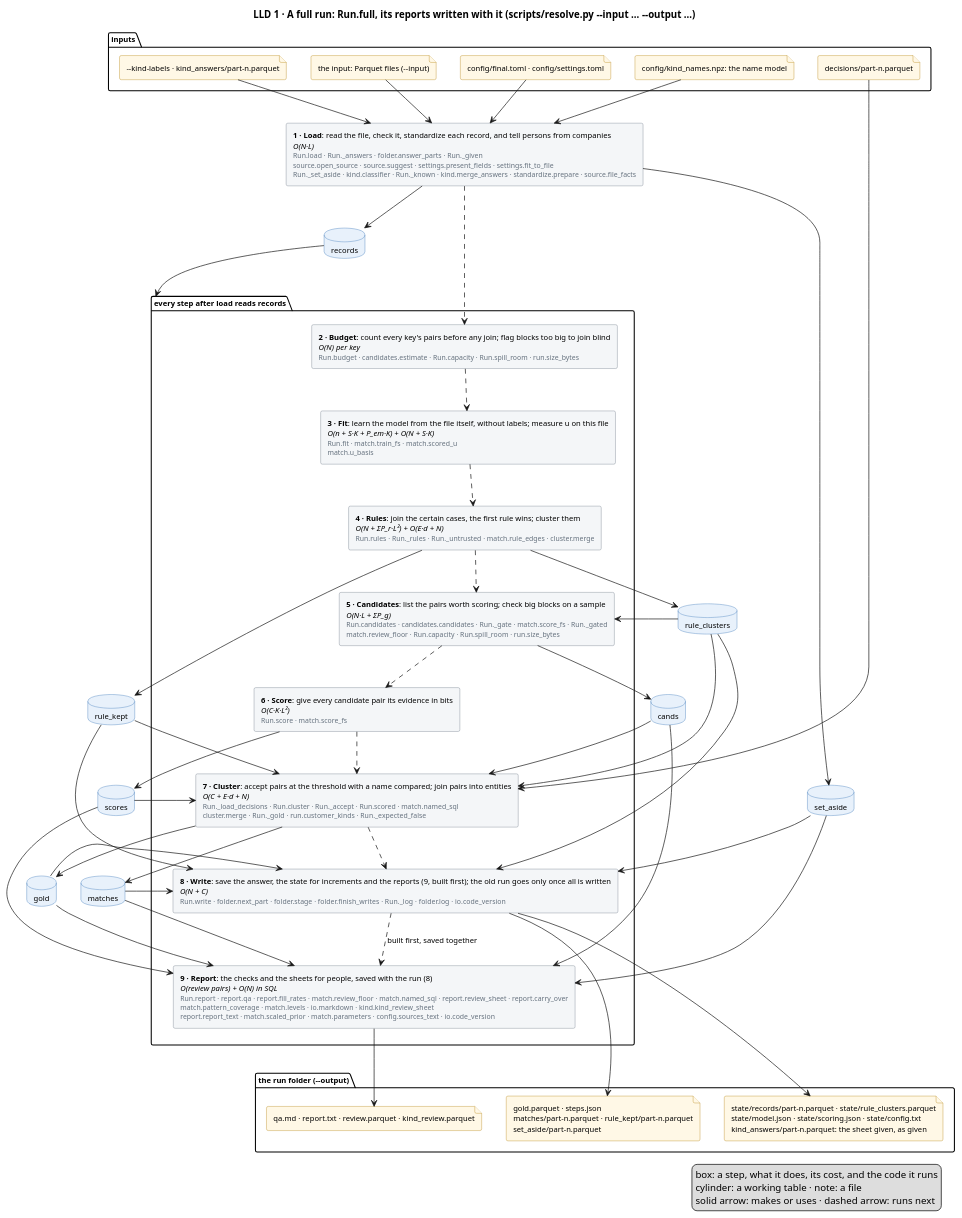
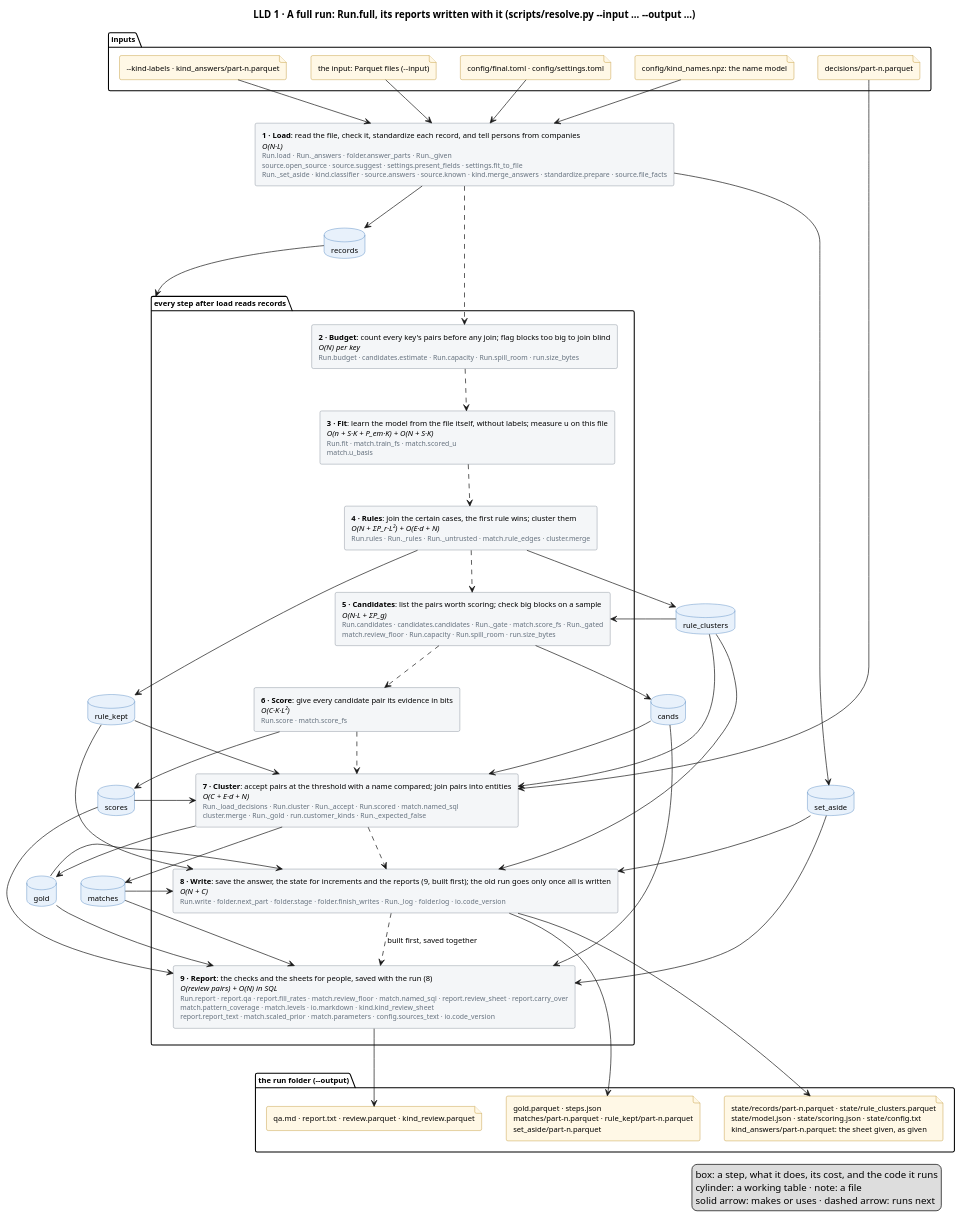
The diagram in docs/diagrams/full-run.puml (mvsbm/entity_matching), drawn with PlantUML before and after one commit. The commit also changed 10 other files, not shown here.

First line of the commit message:
One door for people's files: answers and decisions enter through er.source

```diff
--- a/docs/diagrams/full-run.puml
+++ b/docs/diagrams/full-run.puml
@@ -1,100 +1,100 @@
 @startuml full-run
 title LLD 1 · A full run: Run.full, its reports written with it (scripts/resolve.py ~--input … ~--output …)
 skinparam defaultFontSize 11
 skinparam rectangle {
   BackgroundColor #F4F6F8
   BorderColor #65717E
 }
 skinparam database {
   BackgroundColor #E8F1FB
   BorderColor #2C6DB3
 }
 skinparam file {
   BackgroundColor #FFF8E6
   BorderColor #B07D00
 }
 
 package "inputs" {
   file "the input: Parquet files (~--input)" as f_input
   file "config/final.toml · config/settings.toml" as f_config
   file "config/kind_names.npz: the name model" as f_names
   file "~--kind-labels · kind_answers/part-n.parquet" as f_answers
   file "decisions/part-n.parquet" as f_decisions
 }
 
 
-rectangle "<b>1 · Load</b>: read the file, check it, standardize each record, and tell persons from companies\n<i>O(N·L)</i>\n<size:10><color:#65717E>Run.load · Run._answers · folder.answer_parts · Run._given</color></size>\n<size:10><color:#65717E>source.open_source · source.suggest · settings.present_fields · settings.fit_to_file</color></size>\n<size:10><color:#65717E>Run._set_aside · kind.classifier · Run._known · kind.merge_answers · standardize.prepare · source.file_facts</color></size>" as load
+rectangle "<b>1 · Load</b>: read the file, check it, standardize each record, and tell persons from companies\n<i>O(N·L)</i>\n<size:10><color:#65717E>Run.load · Run._answers · folder.answer_parts · Run._given</color></size>\n<size:10><color:#65717E>source.open_source · source.suggest · settings.present_fields · settings.fit_to_file</color></size>\n<size:10><color:#65717E>Run._set_aside · kind.classifier · source.answers · source.known · kind.merge_answers · standardize.prepare · source.file_facts</color></size>" as load
 package "every step after load reads records" as after_load {
   rectangle "<b>2 · Budget</b>: count every key's pairs before any join; flag blocks too big to join blind\n<i>O(N) per key</i>\n<size:10><color:#65717E>Run.budget · candidates.estimate · Run.capacity · Run.spill_room · run.size_bytes</color></size>" as budget
   rectangle "<b>3 · Fit</b>: learn the model from the file itself, without labels; measure u on this file\n<i>O(n + S·K + P_em·K) + O(N + S·K)</i>\n<size:10><color:#65717E>Run.fit · match.train_fs · match.scored_u</color></size>\n<size:10><color:#65717E>match.u_basis</color></size>" as fit
   rectangle "<b>4 · Rules</b>: join the certain cases, the first rule wins; cluster them\n<i>O(N + ΣP_r·L²) + O(E·d + N)</i>\n<size:10><color:#65717E>Run.rules · Run._rules · Run._untrusted · match.rule_edges · cluster.merge</color></size>" as rules
   rectangle "<b>5 · Candidates</b>: list the pairs worth scoring; check big blocks on a sample\n<i>O(N·L + ΣP_g)</i>\n<size:10><color:#65717E>Run.candidates · candidates.candidates · Run._gate · match.score_fs · Run._gated</color></size>\n<size:10><color:#65717E>match.review_floor · Run.capacity · Run.spill_room · run.size_bytes</color></size>" as candidates
   rectangle "<b>6 · Score</b>: give every candidate pair its evidence in bits\n<i>O(C·K·L²)</i>\n<size:10><color:#65717E>Run.score · match.score_fs</color></size>" as score
   rectangle "<b>7 · Cluster</b>: accept pairs at the threshold with a name compared; join pairs into entities\n<i>O(C + E·d + N)</i>\n<size:10><color:#65717E>Run._load_decisions · Run.cluster · Run._accept · Run.scored · match.named_sql</color></size>\n<size:10><color:#65717E>cluster.merge · Run._gold · run.customer_kinds · Run._expected_false</color></size>" as cluster
   rectangle "<b>8 · Write</b>: save the answer, the state for increments and the reports (9, built first); the old run goes only once all is written\n<i>O(N + C)</i>\n<size:10><color:#65717E>Run.write · folder.next_part · folder.stage · folder.finish_writes · Run._log · folder.log · io.code_version</color></size>" as write
   rectangle "<b>9 · Report</b>: the checks and the sheets for people, saved with the run (8)\n<i>O(review pairs) + O(N) in SQL</i>\n<size:10><color:#65717E>Run.report · report.qa · report.fill_rates · match.review_floor · match.named_sql · report.review_sheet · report.carry_over</color></size>\n<size:10><color:#65717E>match.pattern_coverage · match.levels · io.markdown · kind.kind_review_sheet</color></size>\n<size:10><color:#65717E>report.report_text · match.scaled_prior · match.parameters · config.sources_text · io.code_version</color></size>" as report
 }
 database "records" as records
 database "set_aside" as set_aside
 database "rule_clusters" as rule_clusters
 database "rule_kept" as rule_kept
 database "cands" as cands
 database "scores" as scores
 database "matches" as matches
 database "gold" as gold
 
 package "the run folder (~--output)" {
   file "gold.parquet · steps.json\nmatches/part-n.parquet · rule_kept/part-n.parquet\nset_aside/part-n.parquet" as f_out
   file "state/records/part-n.parquet · state/rule_clusters.parquet\nstate/model.json · state/scoring.json · state/config.txt\nkind_answers/part-n.parquet: the sheet given, as given" as f_state
   file "qa.md · report.txt · review.parquet · kind_review.parquet" as f_people
 }
 
 f_input --> load
 f_config --> load
 f_names --> load
 f_answers --> load
 f_decisions --> cluster
 
 load ..> budget
 budget ..> fit
 fit ..> rules
 rules ..> candidates
 candidates ..> score
 score ..> cluster
 cluster ..> write
 write ..> report : built first, saved together
 
 load --> records
 load --> set_aside
 records --> after_load
 rules --> rule_clusters
 rules --> rule_kept
 rule_clusters --> candidates
 rule_clusters --> cluster
 rule_clusters --> write
 rule_kept --> cluster
 rule_kept --> write
 candidates --> cands
 cands --> cluster
 cands --> report
 score --> scores
 scores --> cluster
 scores --> report
 cluster --> matches
 cluster --> gold
 matches --> write
 matches --> report
 gold --> write
 gold --> report
 set_aside --> write
 set_aside --> report
 
 write --> f_out
 write --> f_state
 report --> f_people
 legend right
   box: a step, what it does, its cost, and the code it runs
   cylinder: a working table · note: a file
   solid arrow: makes or uses · dashed arrow: runs next
 endlegend
 @enduml
```
